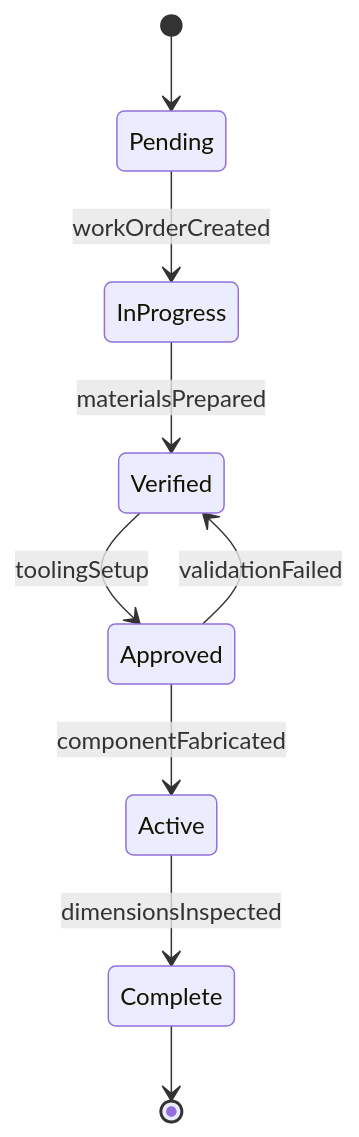
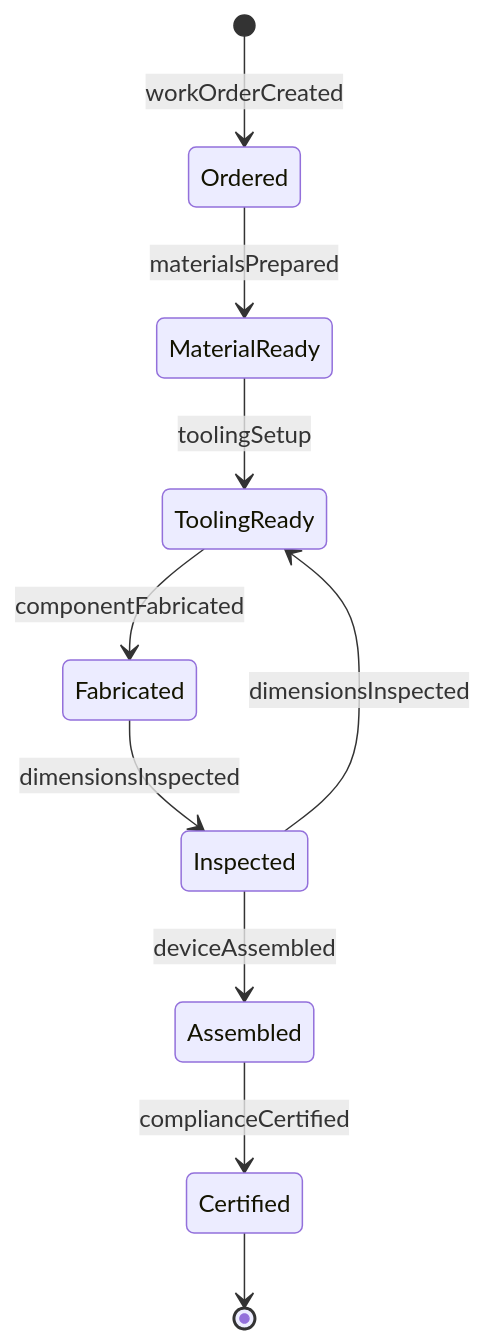
Before and after one commit to dot-org-ai/tasks.org.ai: the second of 4 diagrams in HandlingAndMovingObjects/FabricateDevicesOrComponents/FabricateDevicesComponents.mdx, drawn with Mermaid. The commit also changed other lines of this file and 515 other files, not shown here.

````diff
--- a/HandlingAndMovingObjects/FabricateDevicesOrComponents/FabricateDevicesComponents.mdx
+++ b/HandlingAndMovingObjects/FabricateDevicesOrComponents/FabricateDevicesComponents.mdx
@@ -100,11 +101,12 @@
 ```mermaid
 stateDiagram-v2
-    [*] --> Pending
-    Pending --> InProgress : workOrderCreated
-    InProgress --> Verified : materialsPrepared
-    Verified --> Approved : toolingSetup
-    Approved --> Active : componentFabricated
-    Active --> Complete : dimensionsInspected
-    Approved --> Verified : validationFailed
-    Complete --> [*]
+    [*] --> Ordered : workOrderCreated
+    Ordered --> MaterialReady : materialsPrepared
+    MaterialReady --> ToolingReady : toolingSetup
+    ToolingReady --> Fabricated : componentFabricated
+    Fabricated --> Inspected : dimensionsInspected
+    Inspected --> Assembled : deviceAssembled
+    Assembled --> Certified : complianceCertified
+    Inspected --> ToolingReady : dimensionsInspected
+    Certified --> [*]
 ```
````
